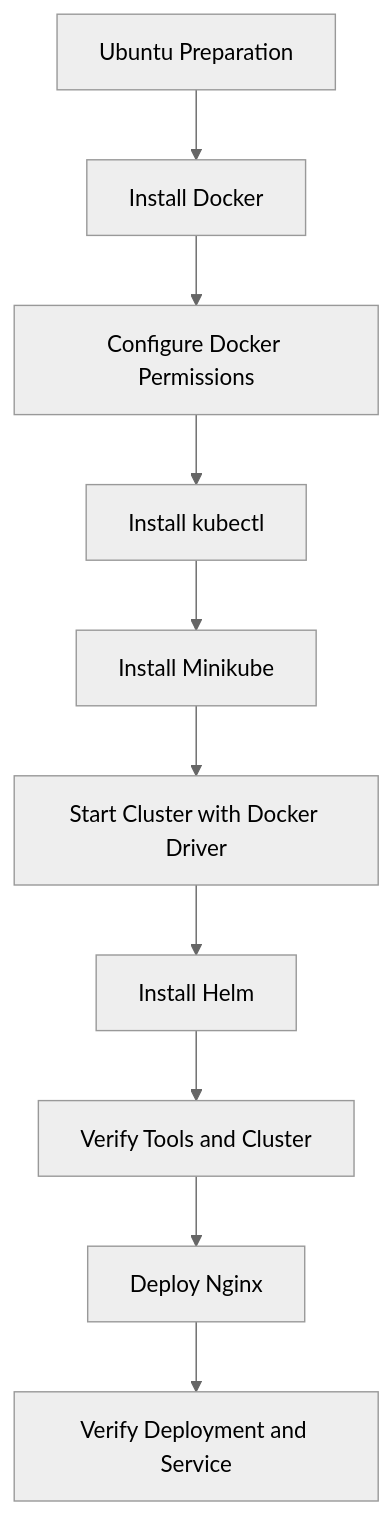
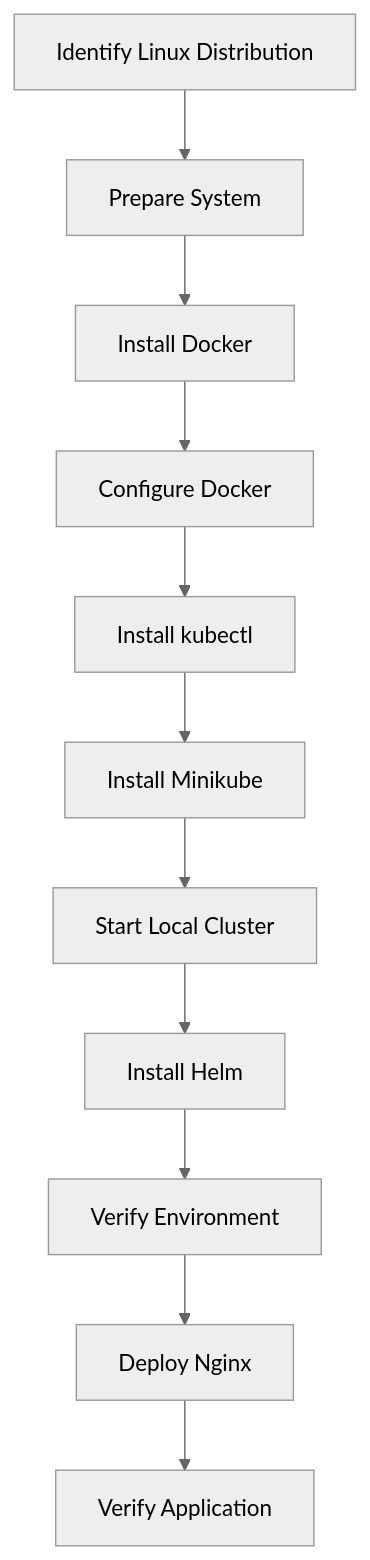
One commit to aliaagamall/site-reliability-engineering changed the diagram in modules/module-02-observability/part-01-observability-fundamentals-for-reliable-systems/lab-01-sre-environment-setup.md. Above: the diagram before and after it, drawn with Mermaid (neutral theme). The commit also changed other lines of this file, not shown here.

Commit message:
docs(module-02): expand SRE setup instructions across Linux distributions

````diff
--- a/modules/module-02-observability/part-01-observability-fundamentals-for-reliable-systems/lab-01-sre-environment-setup.md
+++ b/modules/module-02-observability/part-01-observability-fundamentals-for-reliable-systems/lab-01-sre-environment-setup.md
@@ -22,12 +79,13 @@
 ```mermaid
 flowchart TD
-    A[Ubuntu Preparation] --> B[Install Docker]
-    B --> C[Configure Docker Permissions]
-    C --> D[Install kubectl]
-    D --> E[Install Minikube]
-    E --> F[Start Cluster with Docker Driver]
-    F --> G[Install Helm]
-    G --> H[Verify Tools and Cluster]
-    H --> I[Deploy Nginx]
-    I --> J[Verify Deployment and Service]
+    A[Identify Linux Distribution] --> B[Prepare System]
+    B --> C[Install Docker]
+    C --> D[Configure Docker]
+    D --> E[Install kubectl]
+    E --> F[Install Minikube]
+    F --> G[Start Local Cluster]
+    G --> H[Install Helm]
+    H --> I[Verify Environment]
+    I --> J[Deploy Nginx]
+    J --> K[Verify Application]
 ```
````
